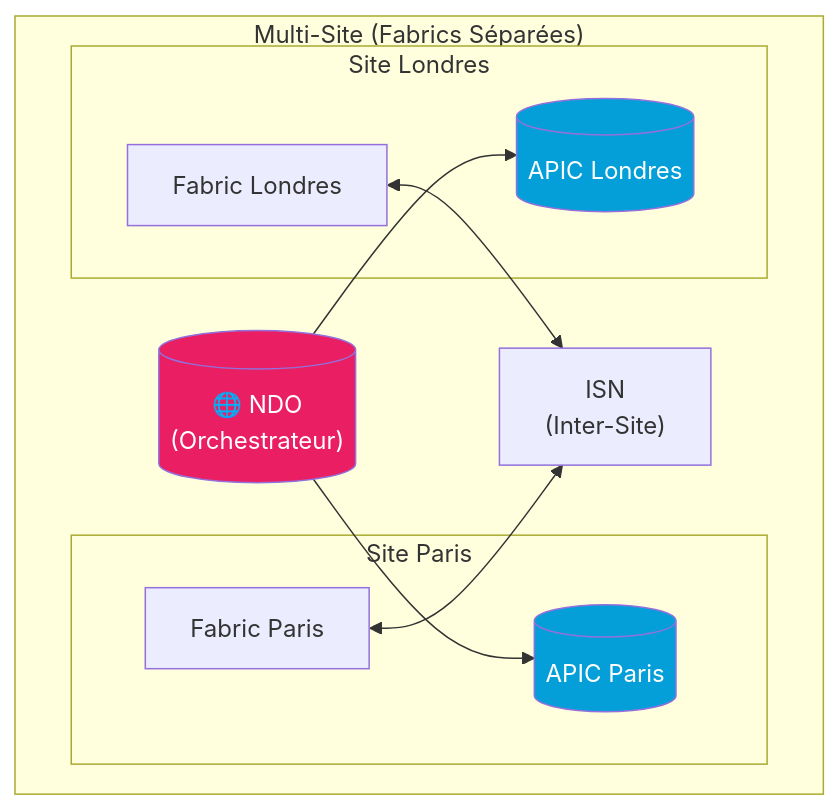
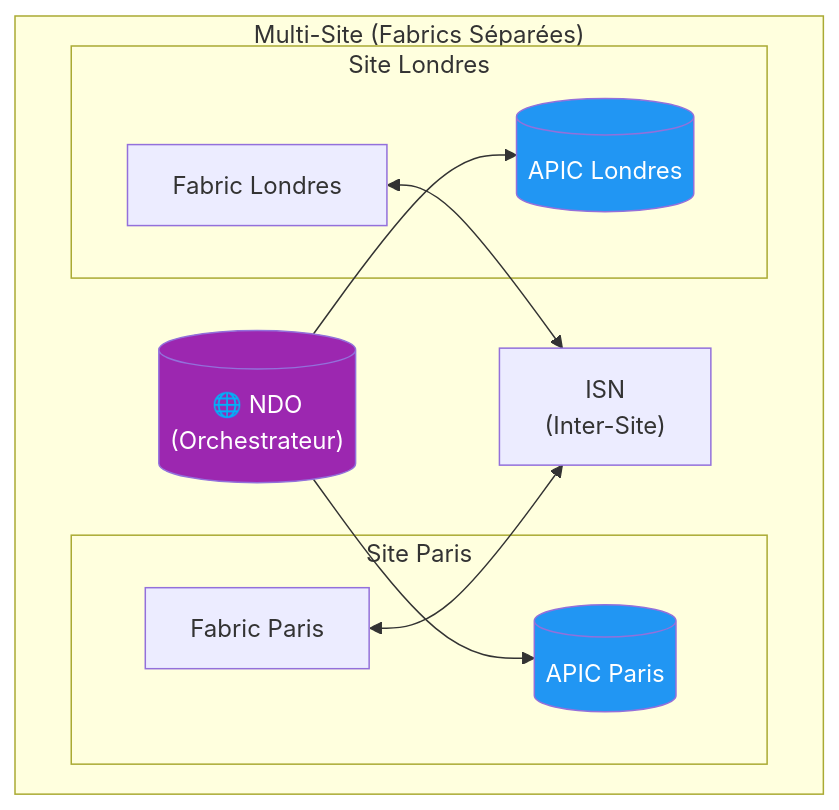
One commit to VBlackJack/ShellBook changed the second of 5 diagrams in docs/formations/terraform-aci/09-module.md. Above: the diagram before and after it, drawn with Mermaid. The commit also changed other lines of this file and 337 other files, not shown here.

First line of the commit message:
refactor(docs): Standardize code blocks and Mermaid colors

````diff
--- a/docs/formations/terraform-aci/09-module.md
+++ b/docs/formations/terraform-aci/09-module.md
@@ -61,28 +61,28 @@
 ```mermaid
 graph TB
     subgraph "Multi-Site (Fabrics Séparées)"
         NDO[("🌐 NDO<br/>(Orchestrateur)")]
 
         subgraph "Site Paris"
             APIC_P[("APIC Paris")]
             FABRIC_P[Fabric Paris]
         end
 
         subgraph "Site Londres"
             APIC_L[("APIC Londres")]
             FABRIC_L[Fabric Londres]
         end
 
         ISN["ISN<br/>(Inter-Site)"]
 
         NDO --> APIC_P
         NDO --> APIC_L
 
         FABRIC_P <--> ISN
         FABRIC_L <--> ISN
     end
 
-    style NDO fill:#e91e63,color:#fff
-    style APIC_P fill:#049fd9,color:#fff
-    style APIC_L fill:#049fd9,color:#fff
+    style NDO fill:#9C27B0,color:#fff
+    style APIC_P fill:#2196F3,color:#fff
+    style APIC_L fill:#2196F3,color:#fff
 ```
````
